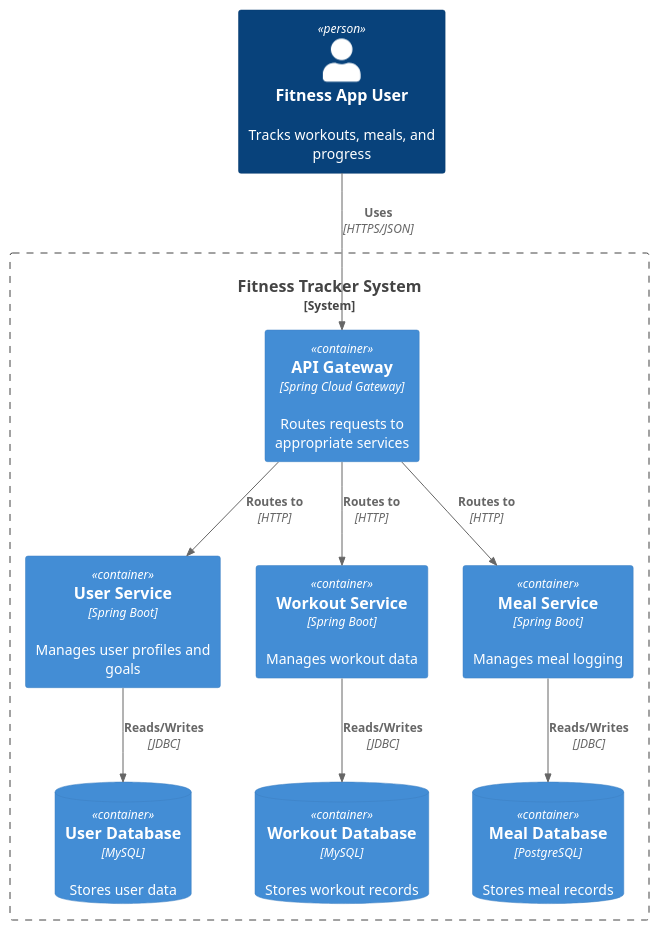
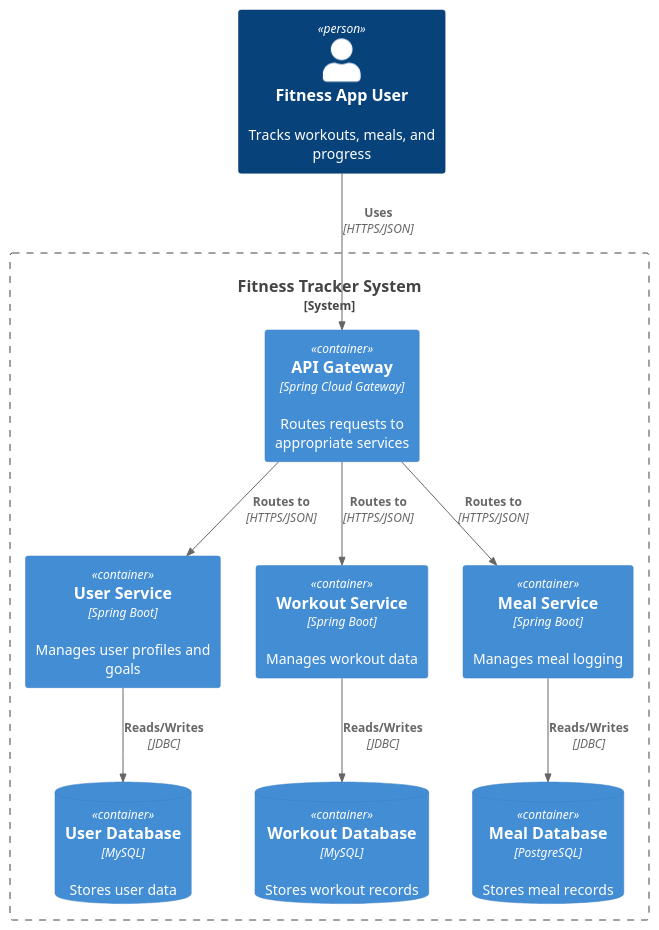
One commit to wolvy27/fitness-tracker changed the diagram in design/c4_l2_fitnesstracker.puml. Above: the diagram before and after it, drawn with PlantUML. The commit also changed 3 other files, not shown here.

```diff
--- a/design/c4_l2_fitnesstracker.puml
+++ b/design/c4_l2_fitnesstracker.puml
@@ -1,33 +1,33 @@
 @startuml C4_Level2_FitnessTracker
 !include https://raw.githubusercontent.com/plantuml-stdlib/C4-PlantUML/master/C4_Container.puml
 
 Person(user, "Fitness App User", "Tracks workouts, meals, and progress")
 
 System_Boundary(fitnessSystem, "Fitness Tracker System") {
     Container(apiGateway, "API Gateway", "Spring Cloud Gateway", "Routes requests to appropriate services")
 
     Container(userService, "User Service", "Spring Boot", "Manages user profiles and goals")
     ContainerDb(userDb, "User Database", "MySQL", "Stores user data")
 
     Container(workoutService, "Workout Service", "Spring Boot", "Manages workout data")
     ContainerDb(workoutDb, "Workout Database", "MySQL", "Stores workout records")
 
     Container(mealService, "Meal Service", "Spring Boot", "Manages meal logging")
     ContainerDb(mealDb, "Meal Database", "PostgreSQL", "Stores meal records")
 }
 
 ' External interactions
 Rel(user, apiGateway, "Uses", "HTTPS/JSON")
 
 ' API Gateway to services
-Rel(apiGateway, userService, "Routes to", "HTTP")
-Rel(apiGateway, workoutService, "Routes to", "HTTP")
-Rel(apiGateway, mealService, "Routes to", "HTTP")
+Rel(apiGateway, userService, "Routes to", "HTTPS/JSON")
+Rel(apiGateway, workoutService, "Routes to", "HTTPS/JSON")
+Rel(apiGateway, mealService, "Routes to", "HTTPS/JSON")
 
 ' Services to their databases
 Rel(userService, userDb, "Reads/Writes", "JDBC")
 Rel(workoutService, workoutDb, "Reads/Writes", "JDBC")
 Rel(mealService, mealDb, "Reads/Writes", "JDBC")
 
 
 @enduml
```
